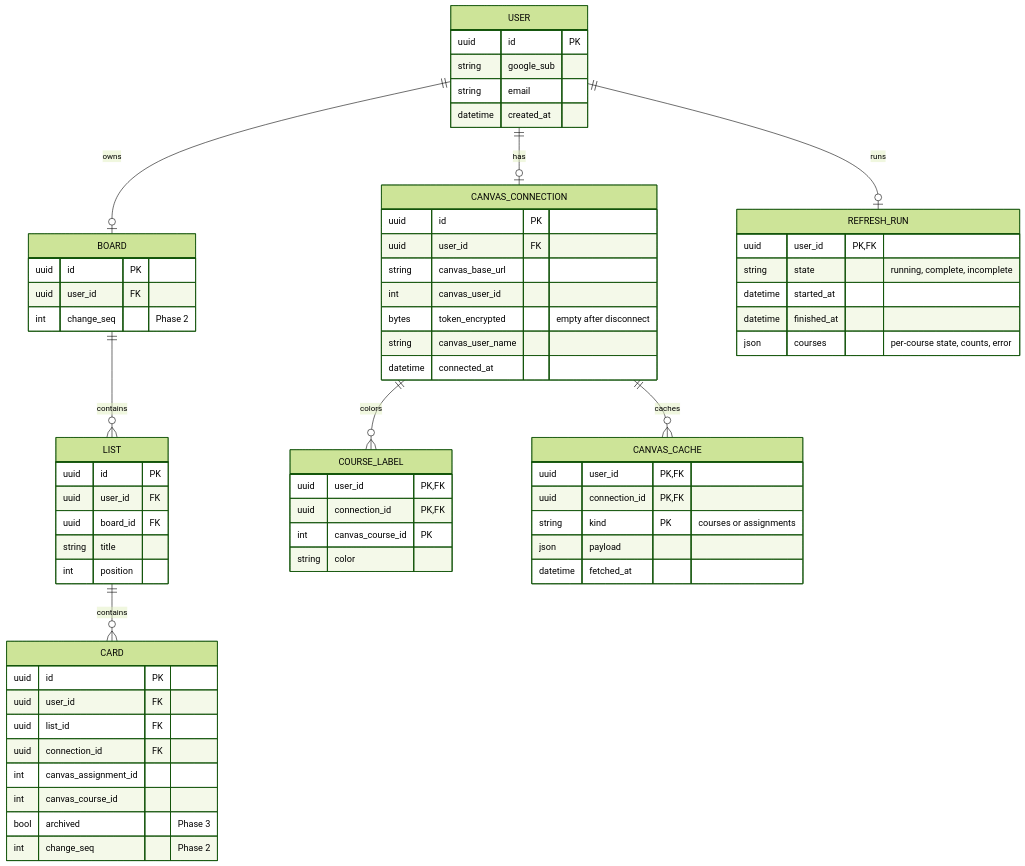
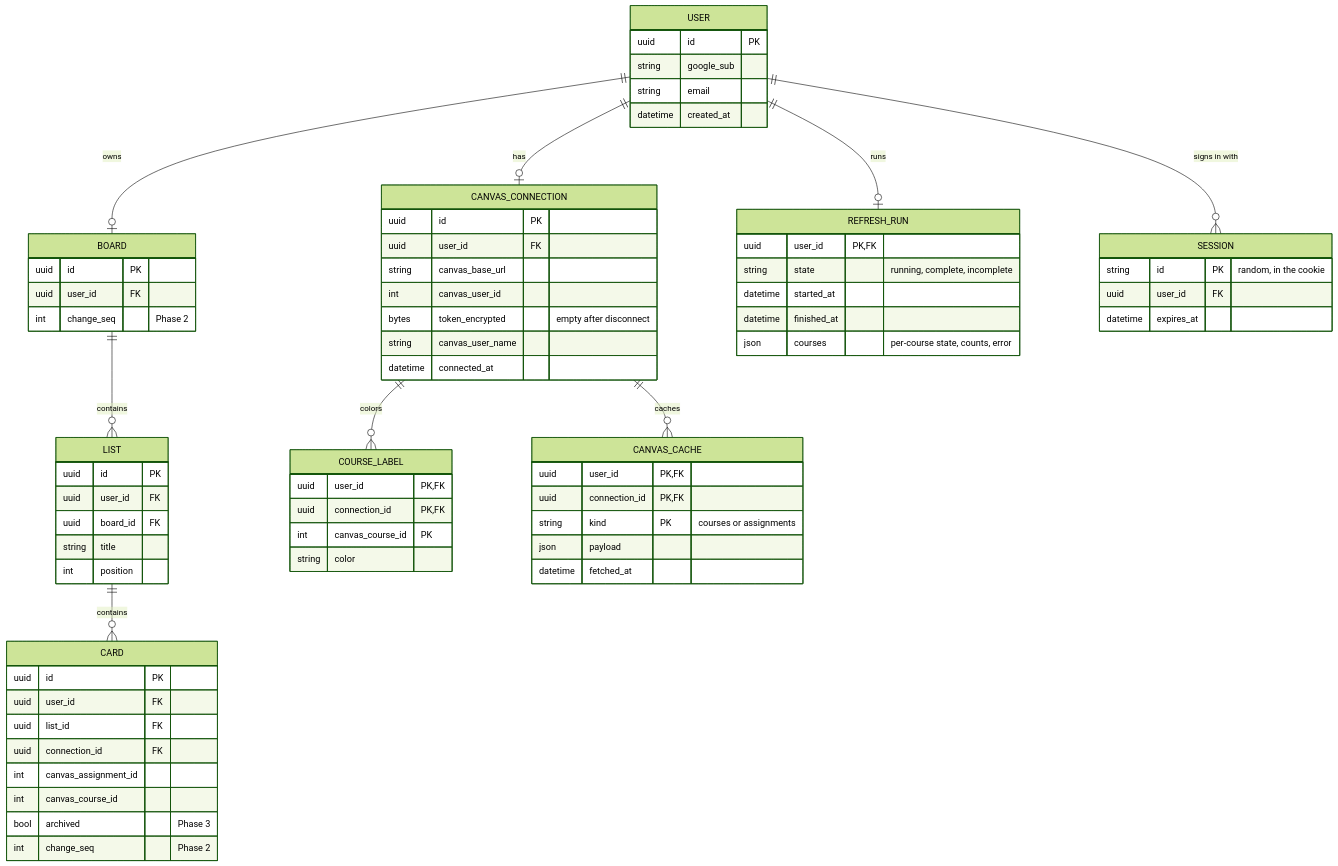
The second of 6 diagrams in docs/canvas-portal/03-design.md (bbranton/TestProj), drawn with Mermaid (forest theme) before and after one commit. The commit also changed other lines of this file, not shown here.

First line of the commit message:
Design: architecture review additions

````diff
--- a/docs/canvas-portal/03-design.md
+++ b/docs/canvas-portal/03-design.md
@@ -80,68 +83,74 @@
 ```mermaid
 erDiagram
     USER ||--o| CANVAS_CONNECTION : has
     USER ||--o| BOARD : owns
     USER ||--o| REFRESH_RUN : runs
+    USER ||--o{ SESSION : "signs in with"
     BOARD ||--o{ LIST : contains
     LIST ||--o{ CARD : contains
     CANVAS_CONNECTION ||--o{ COURSE_LABEL : colors
     CANVAS_CONNECTION ||--o{ CANVAS_CACHE : caches
 
     USER {
         uuid id PK
         string google_sub
         string email
         datetime created_at
+    }
+    SESSION {
+        string id PK "random, in the cookie"
+        uuid user_id FK
+        datetime expires_at
     }
     CANVAS_CONNECTION {
         uuid id PK
         uuid user_id FK
         string canvas_base_url
         int canvas_user_id
         bytes token_encrypted "empty after disconnect"
         string canvas_user_name
         datetime connected_at
     }
     BOARD {
         uuid id PK
         uuid user_id FK
         int change_seq "Phase 2"
     }
     LIST {
         uuid id PK
         uuid user_id FK
         uuid board_id FK
         string title
         int position
     }
     CARD {
         uuid id PK
         uuid user_id FK
         uuid list_id FK
         uuid connection_id FK
         int canvas_assignment_id
         int canvas_course_id
         bool archived "Phase 3"
         int change_seq "Phase 2"
     }
     COURSE_LABEL {
         uuid user_id PK, FK
         uuid connection_id PK, FK
         int canvas_course_id PK
         string color
     }
     REFRESH_RUN {
         uuid user_id PK, FK
         string state "running, complete, incomplete"
         datetime started_at
         datetime finished_at
         json courses "per-course state, counts, error"
     }
     CANVAS_CACHE {
         uuid user_id PK, FK
         uuid connection_id PK, FK
         string kind PK "courses or assignments"
         json payload
         datetime fetched_at
     }
 ```
````
